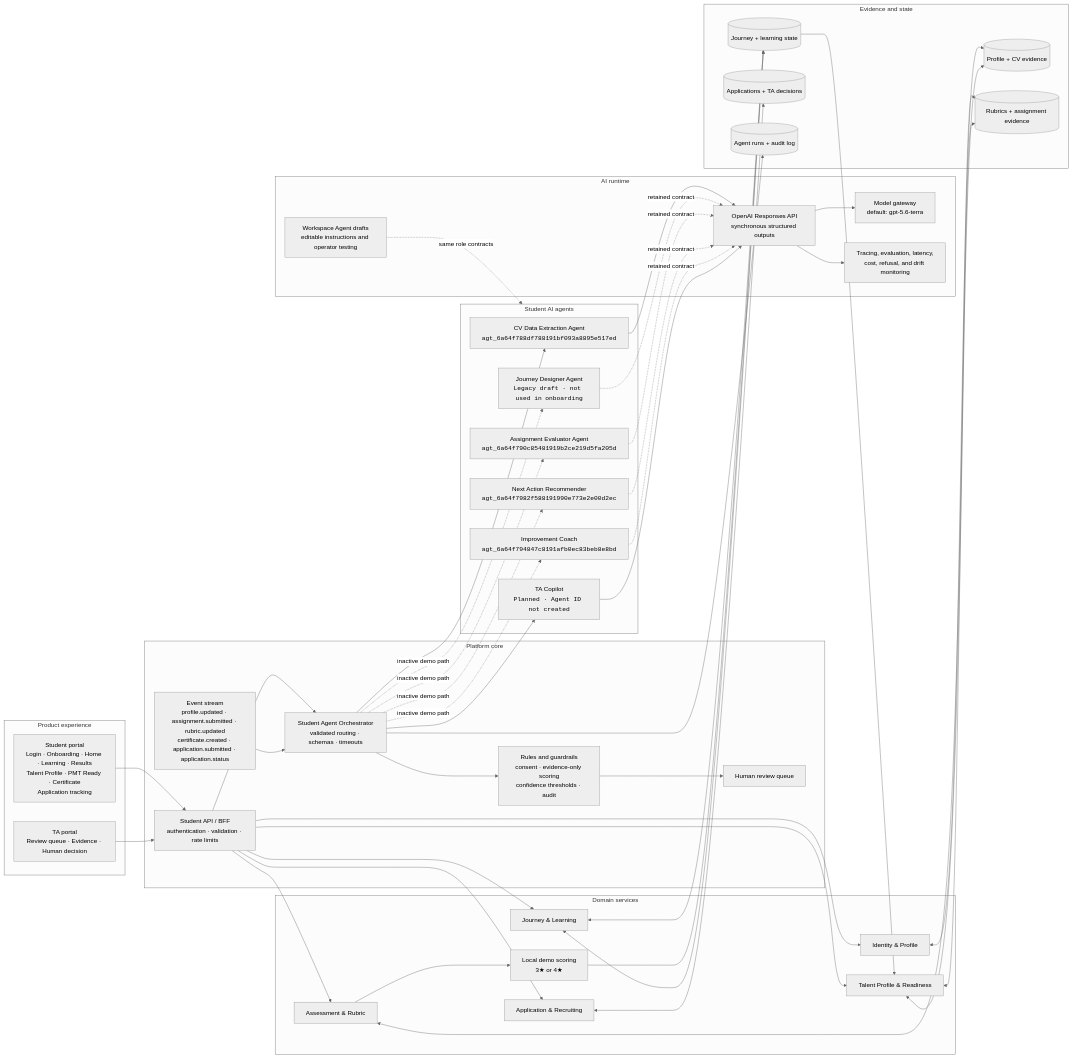
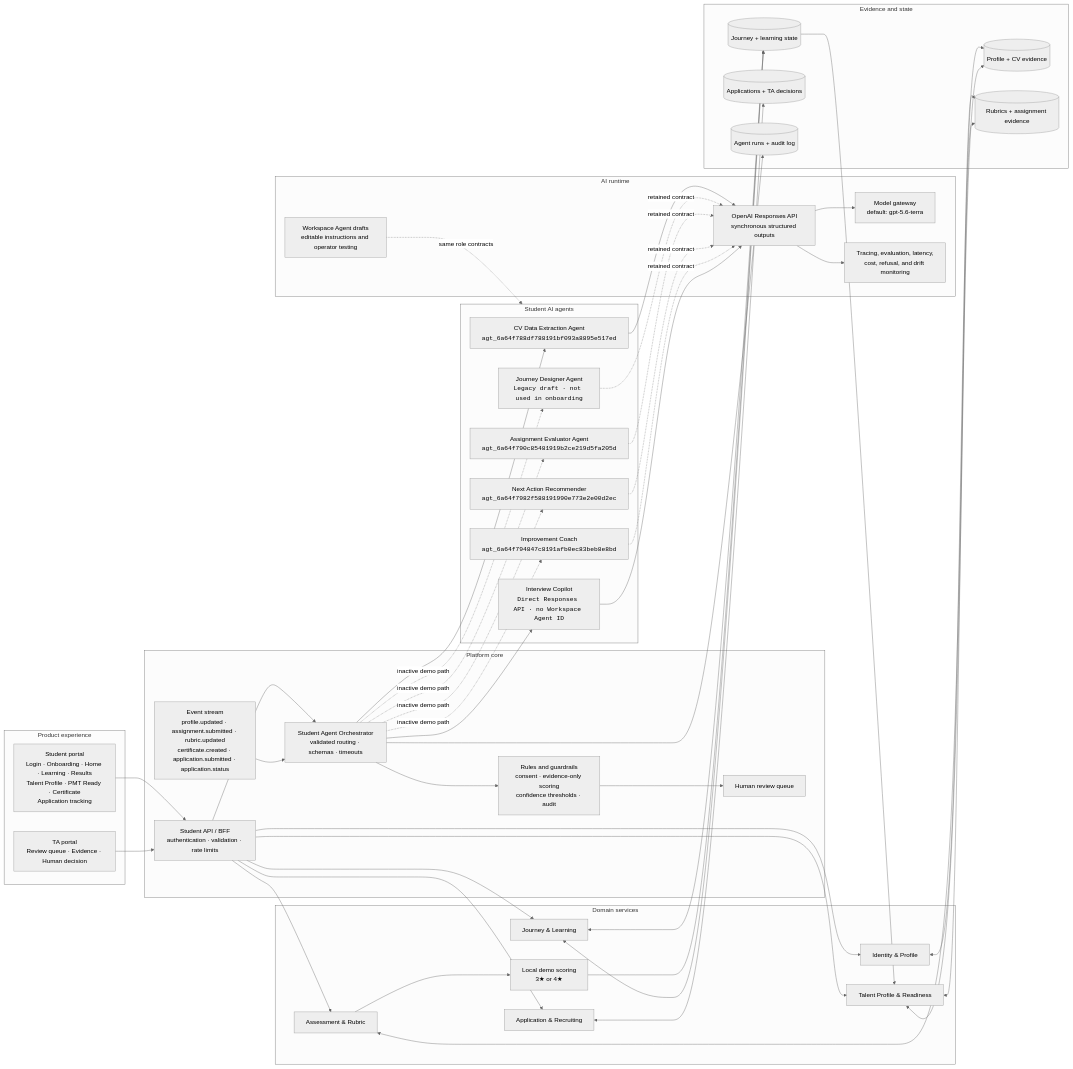
The second of 2 diagrams in README.md (itsproduck/zahackathon2026), drawn with Mermaid (neutral theme) before and after one commit. The commit also changed other lines of this file and 8 other files, not shown here.

Commit message:
Build Interview Copilot workflow

```diff
--- a/README.md
+++ b/README.md
@@ -129,7 +129,7 @@
         A3["Assignment Evaluator Agent<br/><code>agt_6a64f790c85481919b2ce219d5fa205d</code>"]
         A4["Next Action Recommender<br/><code>agt_6a64f7982f588191990e773e2e00d2ec</code>"]
         A5["Improvement Coach<br/><code>agt_6a64f794847c8191afb0ec83beb8e8bd</code>"]
-        A6["TA Copilot<br/><code>Planned · Agent ID not created</code>"]
+        A6["Interview Copilot<br/><code>Direct Responses API · no Workspace Agent ID</code>"]
     end
 
     subgraph AI_RUNTIME["AI runtime"]
```
